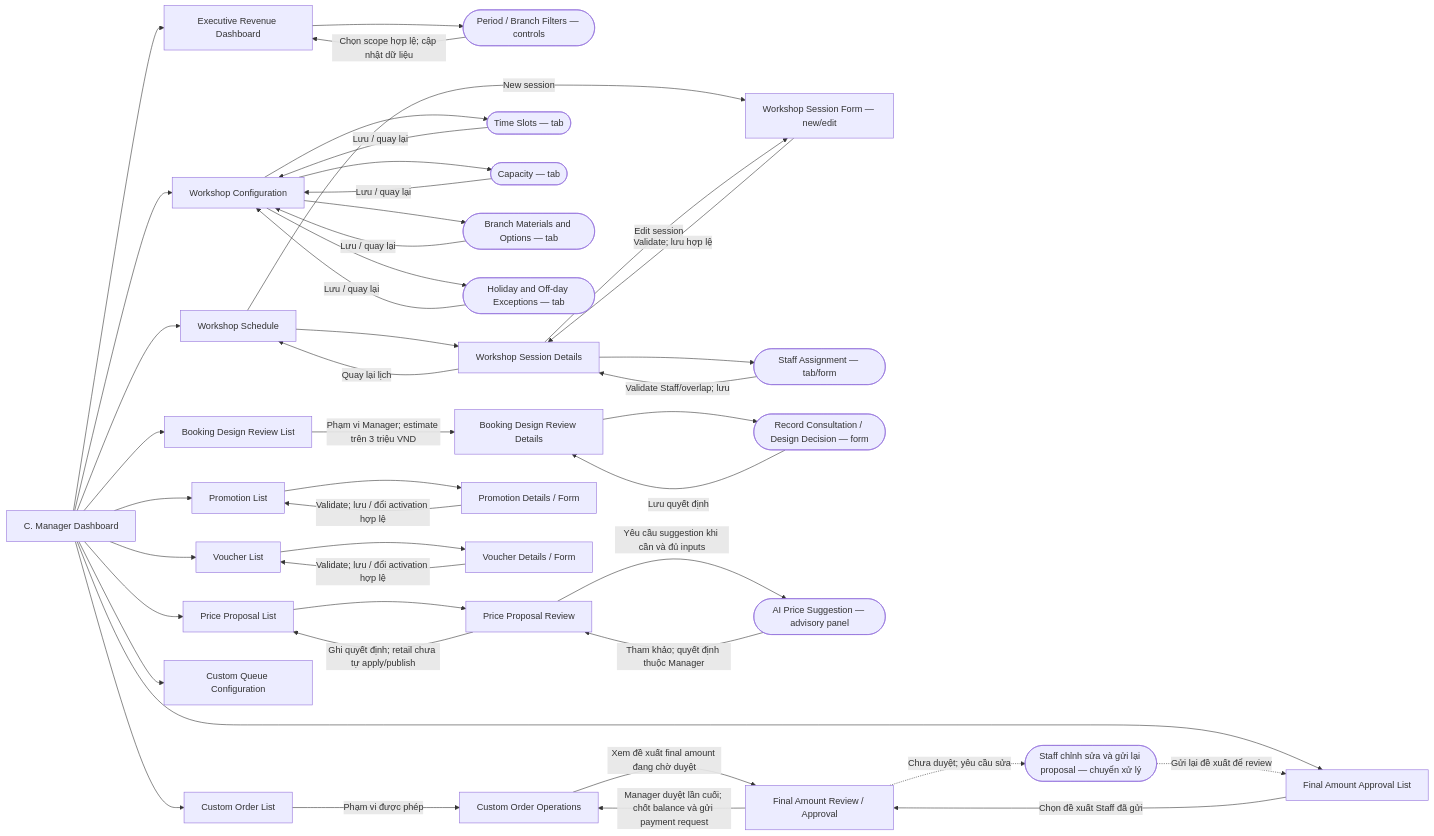
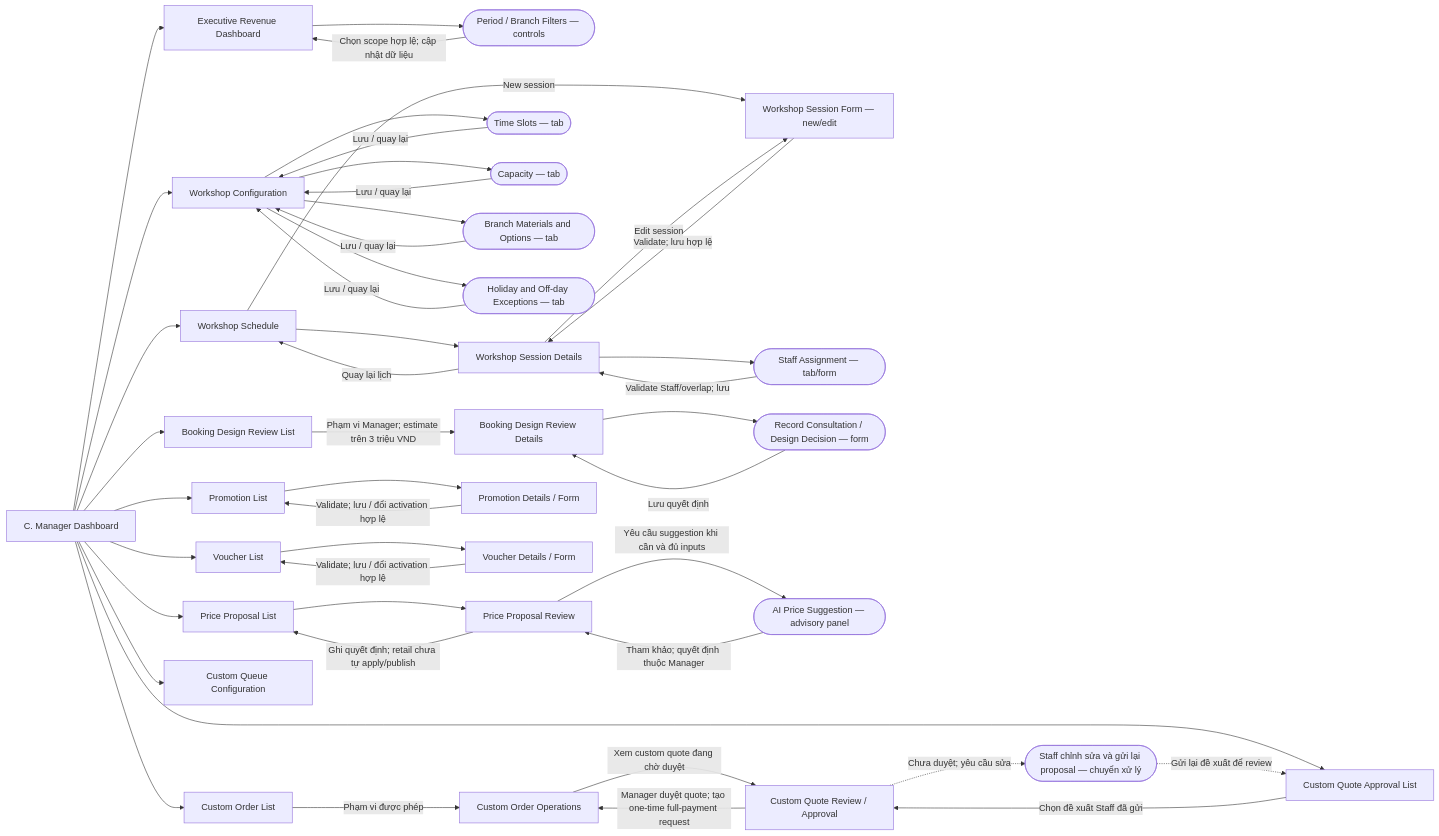
One commit to quoc-ca/mland-operations-hub changed the ninth of 10 diagrams in ppswbs-spec/screen.md. Above: the diagram before and after it, drawn with Mermaid. The commit also changed other lines of this file and 30 other files, not shown here.

````diff
--- a/ppswbs-spec/screen.md
+++ b/ppswbs-spec/screen.md
@@ -574,58 +565,58 @@
 ```mermaid
 flowchart LR
     C["C. Manager Dashboard"]
     Revenue["Executive Revenue Dashboard"]
     Filters(["Period / Branch Filters — controls"])
     Schedule["Workshop Schedule"]
     Session["Workshop Session Details"]
     SessionForm["Workshop Session Form — new/edit"]
     Assignment(["Staff Assignment — tab/form"])
     Settings["Workshop Configuration"]
     Slots(["Time Slots — tab"])
     Capacity(["Capacity — tab"])
     Materials(["Branch Materials and Options — tab"])
     Holidays(["Holiday and Off-day Exceptions — tab"])
     Designs["Booking Design Review List"]
     Design["Booking Design Review Details"]
     DesignDecision(["Record Consultation / Design Decision — form"])
     Proposals["Price Proposal List"]
     Proposal["Price Proposal Review"]
     Suggestion(["AI Price Suggestion — advisory panel"])
     Promotions["Promotion List"]
     Promotion["Promotion Details / Form"]
     Vouchers["Voucher List"]
     Voucher["Voucher Details / Form"]
     Queue["Custom Queue Configuration"]
     Customs["Custom Order List"]
     Custom["Custom Order Operations"]
-    FinalQueue["Final Amount Approval List"]
-    FinalReview["Final Amount Review / Approval"]
+    FinalQueue["Custom Quote Approval List"]
+    FinalReview["Custom Quote Review / Approval"]
     StaffRevision(["Staff chỉnh sửa và gửi lại proposal — chuyển xử lý"])
 
     C --> Revenue --> Filters -->|"Chọn scope hợp lệ; cập nhật dữ liệu"| Revenue
     C --> Schedule --> Session
     Schedule -->|"New session"| SessionForm
     Session -->|"Edit session"| SessionForm -->|"Validate; lưu hợp lệ"| Session
     Session --> Assignment -->|"Validate Staff/overlap; lưu"| Session
     Session -->|"Quay lại lịch"| Schedule
     C --> Settings
     Settings --> Slots -->|"Lưu / quay lại"| Settings
     Settings --> Capacity -->|"Lưu / quay lại"| Settings
     Settings --> Materials -->|"Lưu / quay lại"| Settings
     Settings --> Holidays -->|"Lưu / quay lại"| Settings
     C --> Designs -->|"Phạm vi Manager; estimate trên 3 triệu VND"| Design
     Design --> DesignDecision -->|"Lưu quyết định"| Design
     C --> Proposals --> Proposal
     Proposal -->|"Yêu cầu suggestion khi cần và đủ inputs"| Suggestion
     Suggestion -->|"Tham khảo; quyết định thuộc Manager"| Proposal
     Proposal -->|"Ghi quyết định; retail chưa tự apply/publish"| Proposals
     C --> Promotions --> Promotion -->|"Validate; lưu / đổi activation hợp lệ"| Promotions
     C --> Vouchers --> Voucher -->|"Validate; lưu / đổi activation hợp lệ"| Vouchers
     C --> Queue
     C --> Customs -->|"Phạm vi được phép"| Custom
     C --> FinalQueue -->|"Chọn đề xuất Staff đã gửi"| FinalReview
-    Custom -->|"Xem đề xuất final amount đang chờ duyệt"| FinalReview
-    FinalReview -->|"Manager duyệt lần cuối; chốt balance và gửi payment request"| Custom
+    Custom -->|"Xem custom quote đang chờ duyệt"| FinalReview
+    FinalReview -->|"Manager duyệt quote; tạo one-time full-payment request"| Custom
     FinalReview -.->|"Chưa duyệt; yêu cầu sửa"| StaffRevision
     StaffRevision -.->|"Gửi lại đề xuất để review"| FinalQueue
 ```
````
